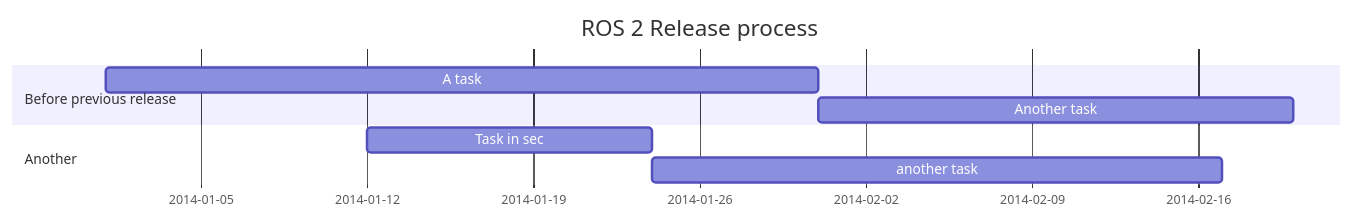
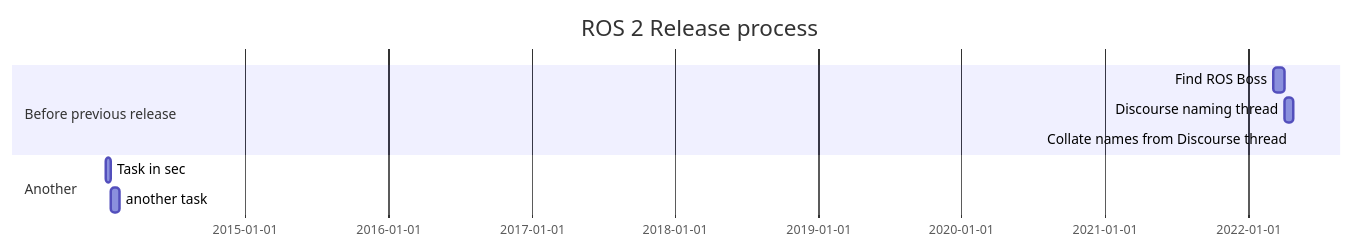
The diagram in README.md (clalancette/mermaid-test), drawn with Mermaid before and after one commit.

````diff
--- a/README.md
+++ b/README.md
@@ -2,11 +2,12 @@
 ```mermaid
 gantt
     title ROS 2 Release process
     dateFormat  YYYY-MM-DD
     section Before previous release
-    A task           :a1, 2014-01-01, 30d
-    Another task     :after a1  , 20d
+    Find ROS Boss    :a1, 2022-03-08, 28d
+    Discourse naming thread     :a2, after a1  , 21d
+    Collate names from Discourse thread :after a2, 1d
     section Another
     Task in sec      :2014-01-12  , 12d
     another task      : 24d
 ```
````
